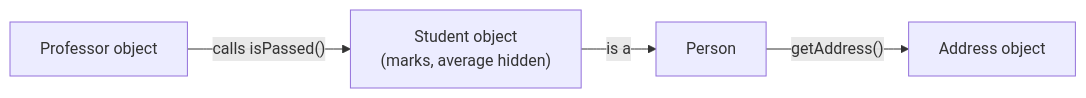
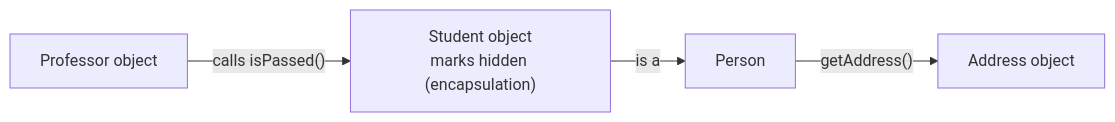
Before and after one commit to aaryan-pradhan/core-cs-fundamentals: the fourth of 9 diagrams in dbms/16-types-of-databases.md, drawn with Mermaid. The commit also changed other lines of this file, not shown here.

````diff
--- a/dbms/16-types-of-databases.md
+++ b/dbms/16-types-of-databases.md
@@ -95,6 +64,6 @@
 ```mermaid
 flowchart LR
-  P["Professor object"] -- "calls isPassed()" --> S["Student object<br/>(marks, average hidden)"]
-  S -- "is a" --> Pe["Person"]
-  Pe -- "getAddress()" --> A["Address object"]
+  P["Professor object"] -->|"calls isPassed()"| S["Student object<br/>marks hidden (encapsulation)"]
+  S -->|"is a"| Pe["Person"]
+  Pe -->|"getAddress()"| A["Address object"]
 ```
````
